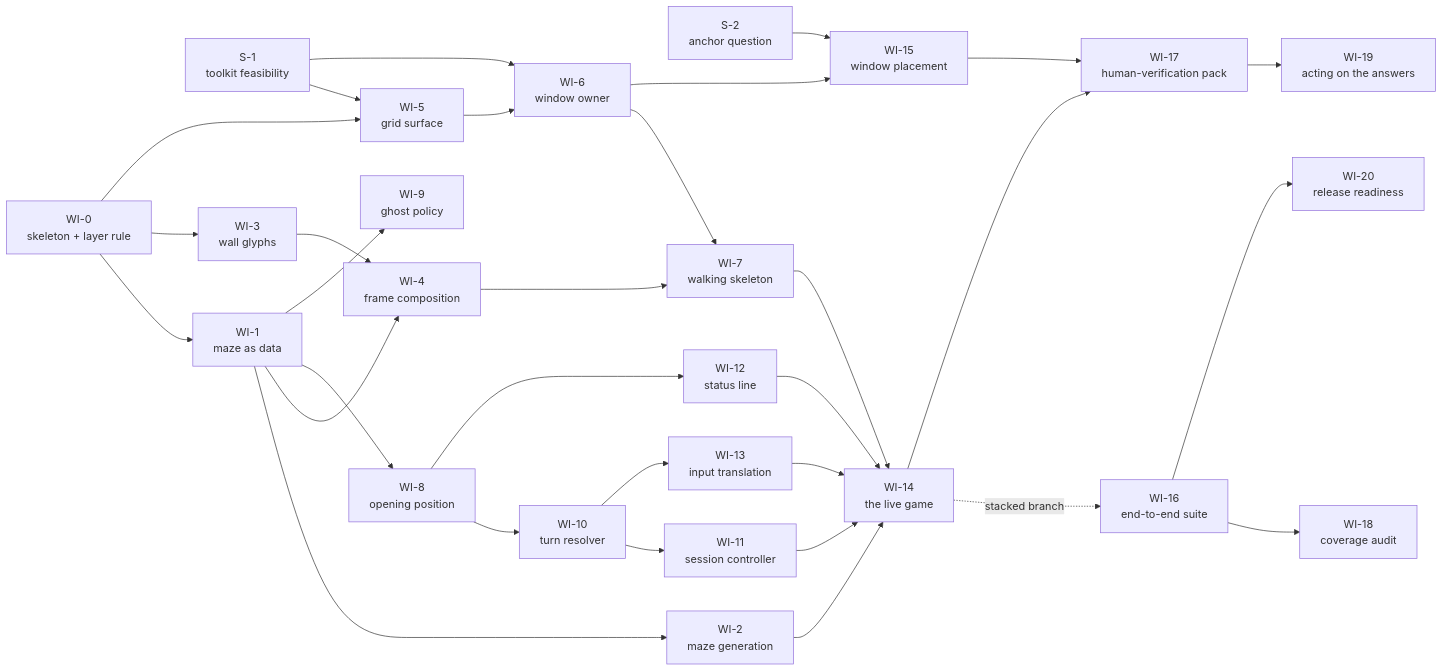
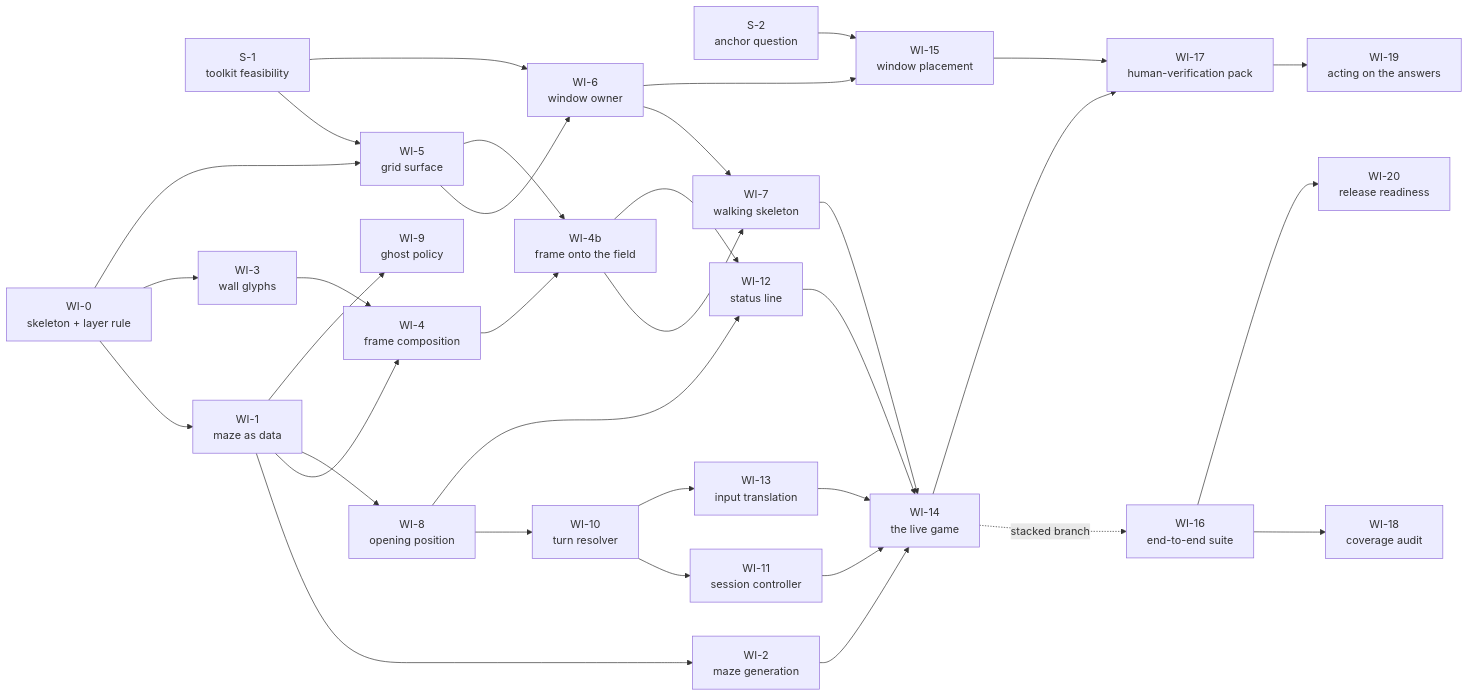
One commit to replicant1/NewTerminalGame changed the second of 2 diagrams in docs/IMPLEMENTATION_PLAN.md. Above: the diagram before and after it, drawn with Mermaid. The commit also changed other lines of this file and 1 other file, not shown here.

````diff
--- a/docs/IMPLEMENTATION_PLAN.md
+++ b/docs/IMPLEMENTATION_PLAN.md
@@ -916,56 +951,60 @@
 ```mermaid
 flowchart LR
   S1["S-1<br/>toolkit feasibility"]
   S2["S-2<br/>anchor question"]
   WI0["WI-0<br/>skeleton + layer rule"]
   WI1["WI-1<br/>maze as data"]
   WI3["WI-3<br/>wall glyphs"]
   WI5["WI-5<br/>grid surface"]
   WI2["WI-2<br/>maze generation"]
   WI4["WI-4<br/>frame composition"]
   WI6["WI-6<br/>window owner"]
+  WI4b["WI-4b<br/>frame onto the field"]
   WI7["WI-7<br/>walking skeleton"]
   WI8["WI-8<br/>opening position"]
   WI9["WI-9<br/>ghost policy"]
   WI10["WI-10<br/>turn resolver"]
   WI11["WI-11<br/>session controller"]
   WI12["WI-12<br/>status line"]
   WI13["WI-13<br/>input translation"]
   WI15["WI-15<br/>window placement"]
   WI14["WI-14<br/>the live game"]
   WI16["WI-16<br/>end-to-end suite"]
   WI17["WI-17<br/>human-verification pack"]
   WI18["WI-18<br/>coverage audit"]
   WI19["WI-19<br/>acting on the answers"]
   WI20["WI-20<br/>release readiness"]
 
   WI0 --> WI1 --> WI2
   WI0 --> WI3
   WI0 --> WI5
   S1 --> WI5
   WI1 --> WI4
   WI3 --> WI4
   WI5 --> WI6
   S1 --> WI6
-  WI4 --> WI7
+  WI4 --> WI4b
+  WI5 --> WI4b
+  WI4b --> WI7
+  WI4b --> WI12
   WI6 --> WI7
   WI1 --> WI8
   WI1 --> WI9
   WI8 --> WI10
   WI8 --> WI12
   WI10 --> WI11
   WI10 --> WI13
   S2 --> WI15
   WI6 --> WI15
   WI2 --> WI14
   WI7 --> WI14
   WI11 --> WI14
   WI12 --> WI14
   WI13 --> WI14
   WI14 -.->|stacked branch| WI16
   WI16 --> WI18
   WI16 --> WI20
   WI14 --> WI17
   WI15 --> WI17
   WI17 --> WI19
 ```
````
